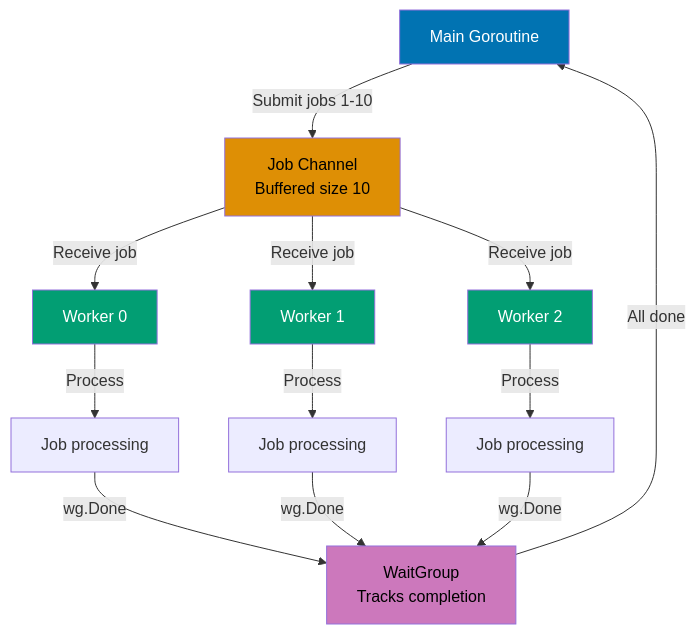
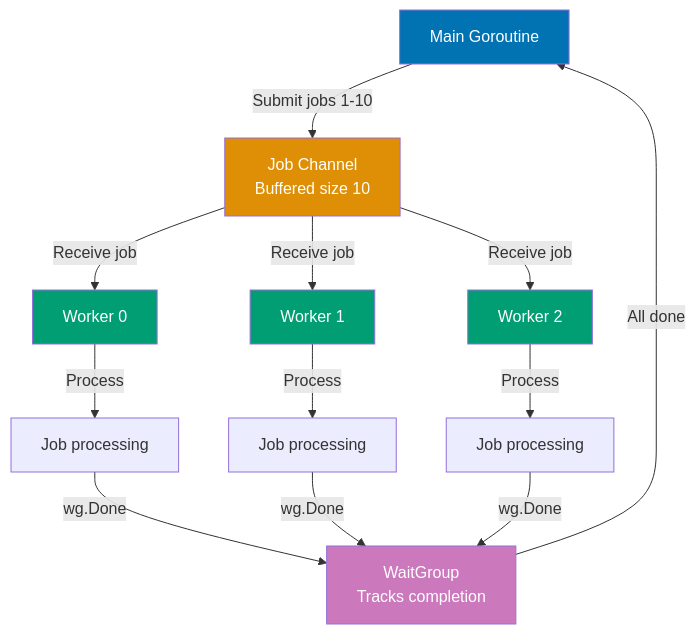
The seventh of 12 diagrams in apps/ayokoding-web/content/en/learn/software-engineering/programming-languages/golang/by-example/intermediate.md (wahidyankf/open-sharia-enterprise), drawn with Mermaid before and after one commit. The commit also changed 61 other files, not shown here.

First line of the commit message:
fix(ayokoding-web): quote Mermaid node labels with special characters in Example 63

````diff
--- a/apps/ayokoding-web/content/en/learn/software-engineering/programming-languages/golang/by-example/intermediate.md
+++ b/apps/ayokoding-web/content/en/learn/software-engineering/programming-languages/golang/by-example/intermediate.md
@@ -2143,25 +2143,25 @@
 ```mermaid
 %% Worker pool job distribution
 graph TD
     Main[Main Goroutine] -->|Submit jobs 1-10| JobChan[Job Channel<br/>Buffered size 10]
     JobChan -->|Receive job| W1[Worker 0]
     JobChan -->|Receive job| W2[Worker 1]
     JobChan -->|Receive job| W3[Worker 2]
 
     W1 -->|Process| J1[Job processing]
     W2 -->|Process| J2[Job processing]
     W3 -->|Process| J3[Job processing]
 
     J1 -->|wg.Done| WG[WaitGroup<br/>Tracks completion]
     J2 -->|wg.Done| WG
     J3 -->|wg.Done| WG
 
     WG -->|All done| Main
 
     style Main fill:#0173B2,color:#fff
-    style JobChan fill:#DE8F05,color:#000
+    style JobChan fill:#DE8F05,color:#fff
     style W1 fill:#029E73,color:#fff
     style W2 fill:#029E73,color:#fff
     style W3 fill:#029E73,color:#fff
-    style WG fill:#CC78BC,color:#000
+    style WG fill:#CC78BC,color:#fff
 ```
````
